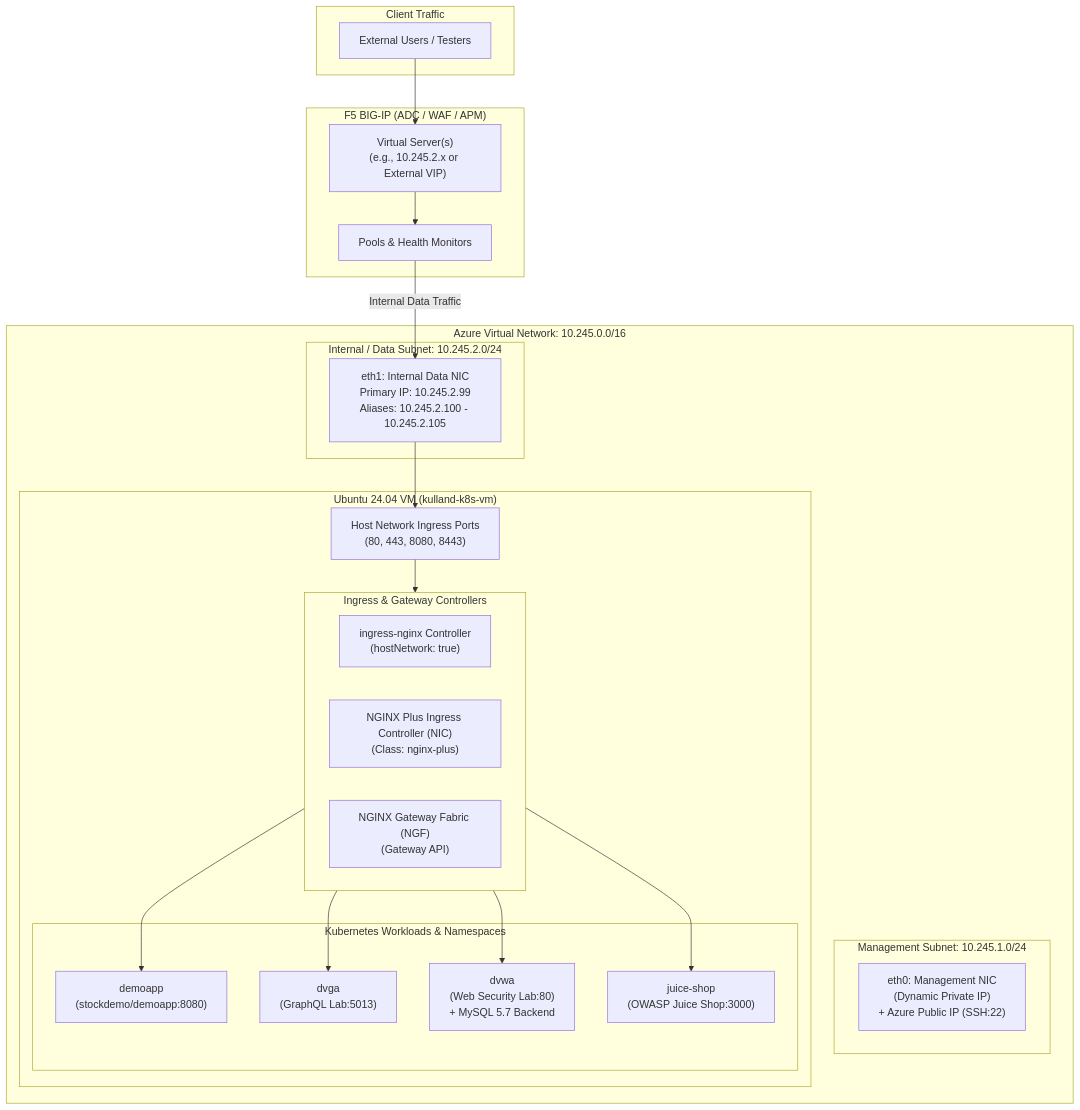
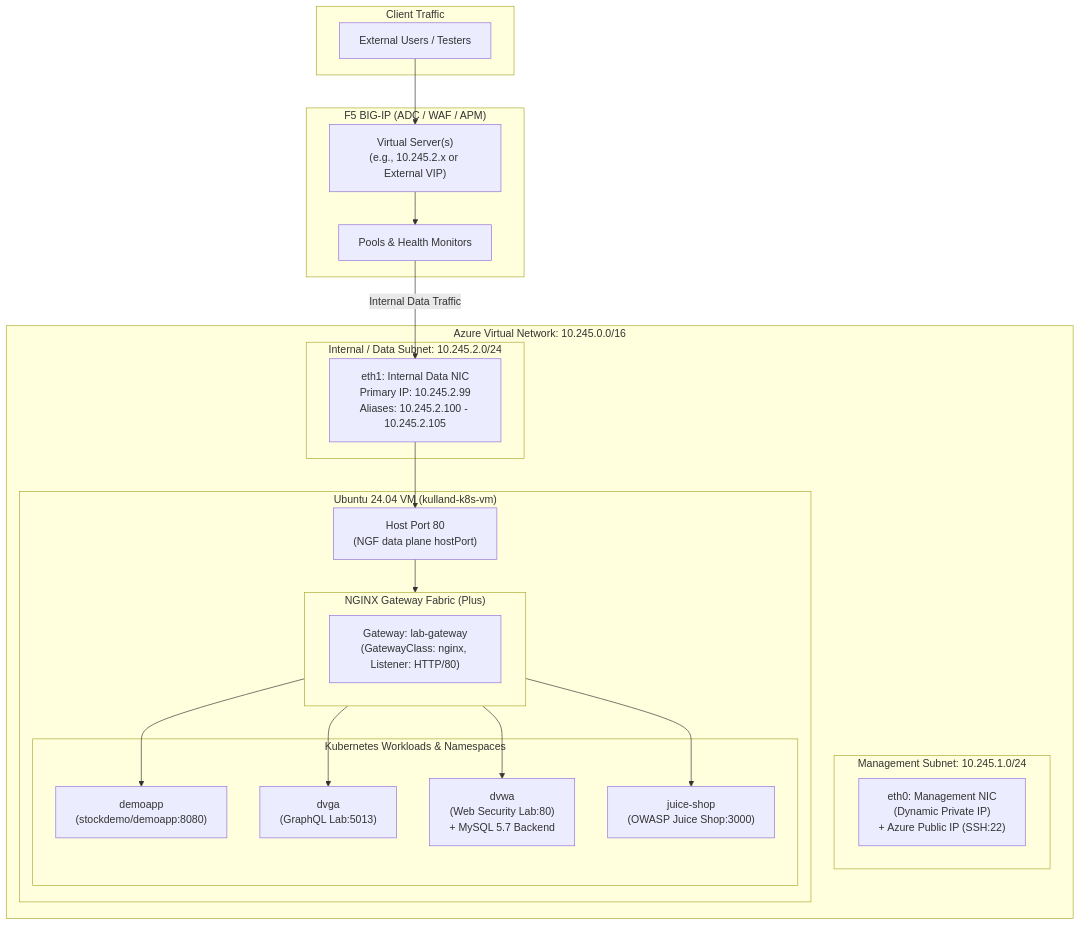
The diagram in Terraform/NGINX/Azure/k8s_ubuntu/README.md (gkullio/F5-Automation-Class), drawn with Mermaid before and after one commit. The commit also changed other lines of this file and 7 other files, not shown here.

````diff
--- a/Terraform/NGINX/Azure/k8s_ubuntu/README.md
+++ b/Terraform/NGINX/Azure/k8s_ubuntu/README.md
@@ -13,51 +13,49 @@
 ```mermaid
 flowchart TD
     subgraph Clients["Client Traffic"]
         User["External Users / Testers"]
     end
 
     subgraph BIGIP["F5 BIG-IP (ADC / WAF / APM)"]
         VIP["Virtual Server(s)\n(e.g., 10.245.2.x or External VIP)"]
         Pools["Pools & Health Monitors"]
         VIP --> Pools
     end
 
     User --> VIP
 
     subgraph AzureVNet["Azure Virtual Network: 10.245.0.0/16"]
         
         subgraph MgmtSubnet["Management Subnet: 10.245.1.0/24"]
             MgmtNIC["eth0: Management NIC\n(Dynamic Private IP)\n+ Azure Public IP (SSH:22)"]
         end
 
         subgraph IntSubnet["Internal / Data Subnet: 10.245.2.0/24"]
             IntNIC["eth1: Internal Data NIC\nPrimary IP: 10.245.2.99\nAliases: 10.245.2.100 - 10.245.2.105"]
         end
 
         subgraph K8sNode["Ubuntu 24.04 VM (kulland-k8s-vm)"]
-            IntNIC --> HostNet["Host Network Ingress Ports\n(80, 443, 8080, 8443)"]
+            IntNIC --> HostNet["Host Port 80\n(NGF data plane hostPort)"]
             
-            subgraph IngressLayer["Ingress & Gateway Controllers"]
-                CommunityIngress["ingress-nginx Controller\n(hostNetwork: true)"]
-                KIC["NGINX Plus Ingress Controller (NIC)\n(Class: nginx-plus)"]
-                NGF["NGINX Gateway Fabric (NGF)\n(Gateway API)"]
+            subgraph IngressLayer["NGINX Gateway Fabric (Plus)"]
+                NGF["Gateway: lab-gateway\n(GatewayClass: nginx, Listener: HTTP/80)"]
             end
 
             HostNet --> IngressLayer
 
             subgraph Workloads["Kubernetes Workloads & Namespaces"]
                 DemoApp["demoapp\n(stockdemo/demoapp:8080)"]
                 DVGA["dvga\n(GraphQL Lab:5013)"]
                 DVWA["dvwa\n(Web Security Lab:80)\n+ MySQL 5.7 Backend"]
                 JuiceShop["juice-shop\n(OWASP Juice Shop:3000)"]
             end
 
             IngressLayer --> DemoApp
             IngressLayer --> DVGA
             IngressLayer --> DVWA
             IngressLayer --> JuiceShop
         end
     end
 
     Pools -- "Internal Data Traffic" --> IntNIC
 ```
````
